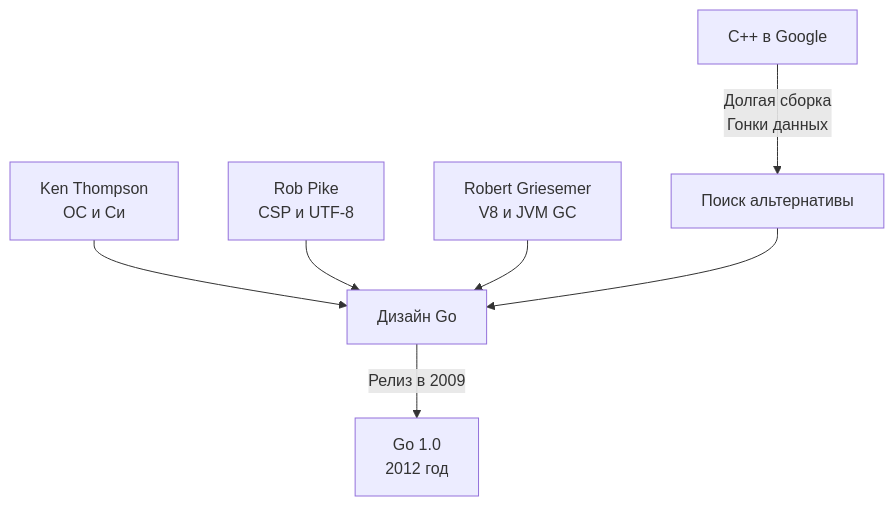
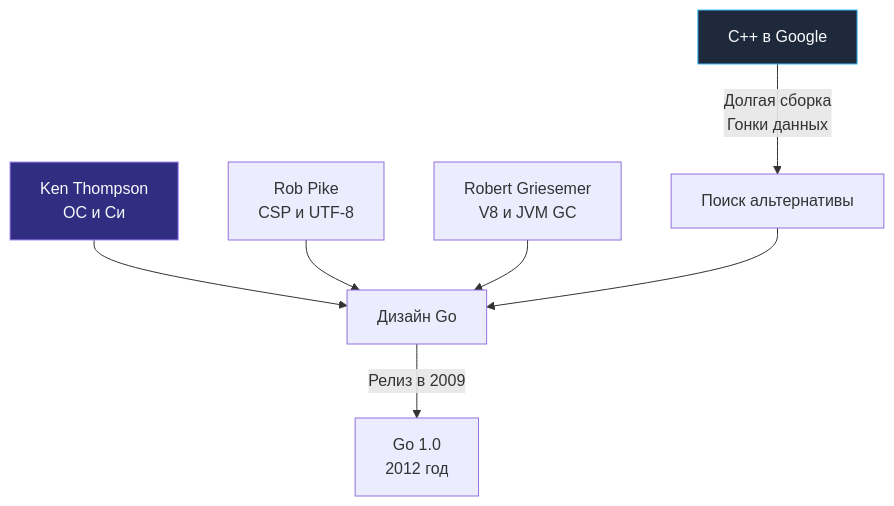
The diagram in sources/4. История и философия Go/2. История создания Go. Google, Rob Pike, Ken Thompson, Robert Griesemer.md (UnrealTemplier/go-textbook), drawn with Mermaid before and after one commit. The commit also changed 1666 other files, not shown here.

First line of the commit message:
feat(mermaid): add semantic color classDef to 1369 colorless flowchart/graph diagrams

````diff
--- a/sources/4. История и философия Go/2. История создания Go. Google, Rob Pike, Ken Thompson, Robert Griesemer.md
+++ b/sources/4. История и философия Go/2. История создания Go. Google, Rob Pike, Ken Thompson, Robert Griesemer.md
@@ -16,9 +16,19 @@
 ```mermaid
 flowchart TD
-    A["С++ в Google"] -->|"Долгая сборка<br>Гонки данных"| B["Поиск альтернативы"]
-    C["Ken Thompson<br>ОС и Cи"] --> D["Дизайн Go"]
+    classDef process  fill:#1e293b,stroke:#38bdf8,stroke-width:1px,color:#f8fafc
+    classDef success  fill:#064e3b,stroke:#34d399,stroke-width:1px,color:#f8fafc
+    classDef error    fill:#7f1d1d,stroke:#f87171,stroke-width:1px,color:#f8fafc
+    classDef warning  fill:#78350f,stroke:#fbbf24,stroke-width:1px,color:#f8fafc
+    classDef entry    fill:#1e3a5f,stroke:#38bdf8,stroke-width:2px,color:#f8fafc
+    classDef aux      fill:#334155,stroke:#64748b,stroke-width:1px,color:#f8fafc
+    classDef system   fill:#312e81,stroke:#a78bfa,stroke-width:1px,color:#f8fafc
+    classDef data     fill:#132d29,stroke:#2dd4bf,stroke-width:1px,color:#f8fafc
+    classDef network  fill:#881337,stroke:#fb7185,stroke-width:1px,color:#f8fafc
+    classDef accent   fill:#1e1b4b,stroke:#818cf8,stroke-width:1px,color:#f8fafc
+    A["С++ в Google"]:::process -->|"Долгая сборка<br>Гонки данных"| B["Поиск альтернативы"]
+    C["Ken Thompson<br>ОС и Cи"]:::system --> D["Дизайн Go"]
     E["Rob Pike<br>CSP и UTF-8"] --> D
     F["Robert Griesemer<br>V8 и JVM GC"] --> D
     B --> D
     D -->|"Релиз в 2009"| G["Go 1.0<br>2012 год"]
 ```
````
